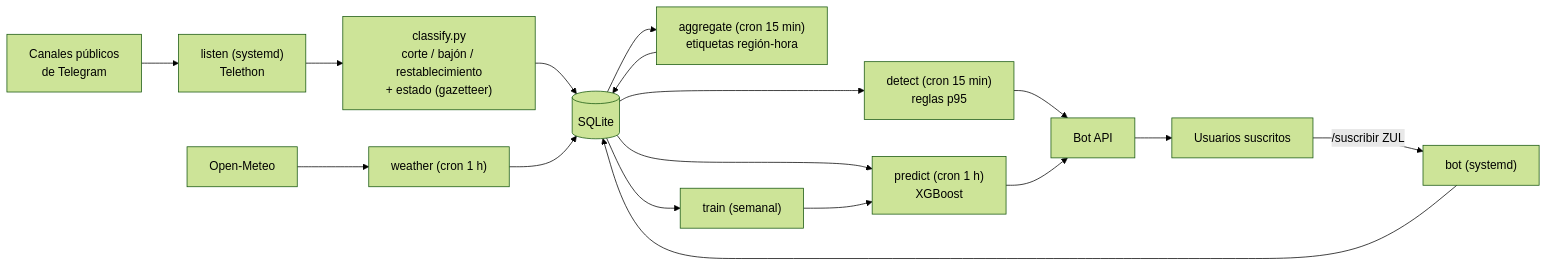
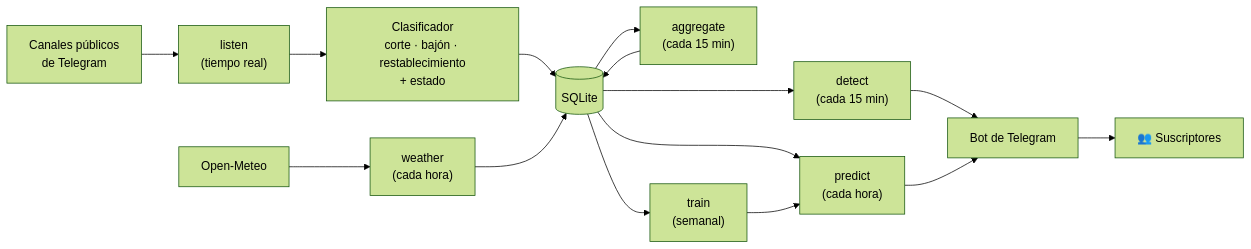
One commit to echalbau/apagon-mvp changed the diagram in README.md. Above: the diagram before and after it, drawn with Mermaid (forest theme). The commit also changed other lines of this file, not shown here.

````diff
--- a/README.md
+++ b/README.md
@@ -34,13 +73,12 @@
 ```mermaid
 flowchart LR
-    TG["Canales públicos<br/>de Telegram"] --> L["listen (systemd)<br/>Telethon"]
-    L --> C["classify.py<br/>corte / bajón / restablecimiento<br/>+ estado (gazetteer)"]
+    TG["Canales públicos<br/>de Telegram"] --> L["listen<br/>(tiempo real)"]
+    L --> C["Clasificador<br/>corte · bajón · restablecimiento<br/>+ estado"]
     C --> DB[("SQLite")]
-    OM["Open-Meteo"] --> W["weather (cron 1 h)"] --> DB
-    DB --> A["aggregate (cron 15 min)<br/>etiquetas región-hora"] --> DB
-    DB --> D["detect (cron 15 min)<br/>reglas p95"] --> B["Bot API"]
-    DB --> P["predict (cron 1 h)<br/>XGBoost"] --> B
-    DB --> T["train (semanal)"] --> P
-    B --> U["Usuarios suscritos"]
-    U -- "/suscribir ZUL" --> BOT["bot (systemd)"] --> DB
+    OM["Open-Meteo"] --> W["weather<br/>(cada hora)"] --> DB
+    DB --> A["aggregate<br/>(cada 15 min)"] --> DB
+    DB --> D["detect<br/>(cada 15 min)"] --> B["Bot de Telegram"]
+    DB --> P["predict<br/>(cada hora)"] --> B
+    DB --> T["train<br/>(semanal)"] --> P
+    B --> U["👥 Suscriptores"]
 ```
````
